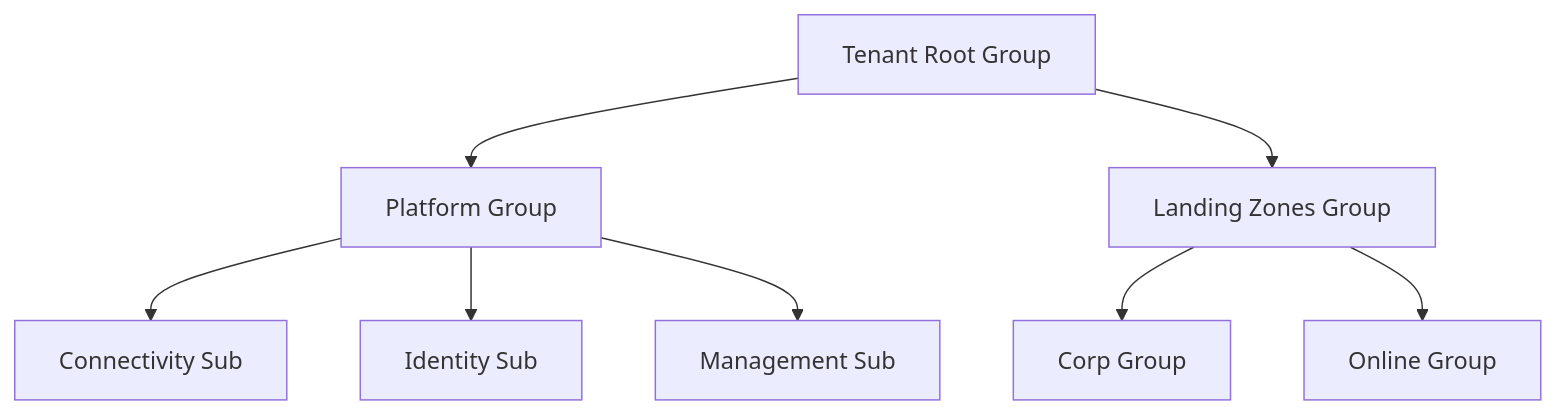
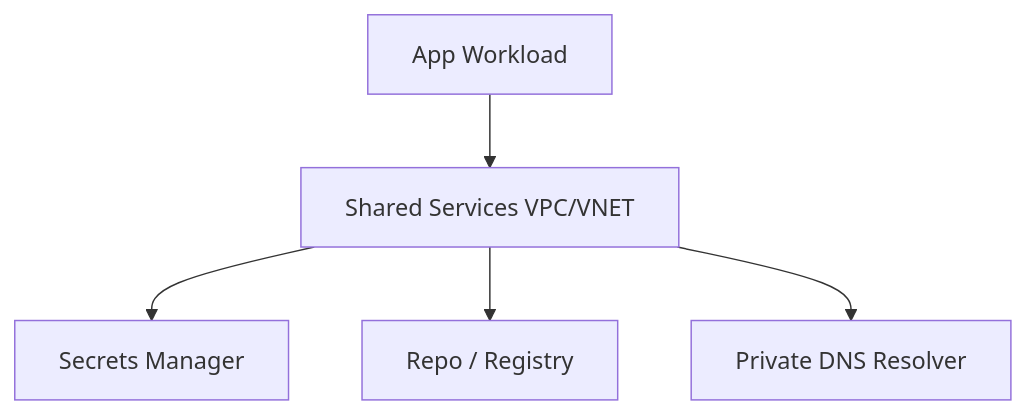
Before and after one commit to Devopstrio/hybrid-landingzone: the ninth of 10 diagrams in README.md, drawn with Mermaid. The commit also changed other lines of this file, not shown here.

Commit message:
docs: upgrade README to institutional-grade reference architecture style

````diff
--- a/README.md
+++ b/README.md
@@ -135,13 +202,8 @@
 ```mermaid
 graph TD
-    Root[Tenant Root Group]
-    Root --> Platform[Platform Group]
-    Root --> LandingZones[Landing Zones Group]
-    
-    Platform --> Connectivity[Connectivity Sub]
-    Platform --> Identity[Identity Sub]
-    Platform --> Management[Management Sub]
-    
-    LandingZones --> Corp[Corp Group]
-    LandingZones --> Online[Online Group]
+    Shared[Shared Services VPC/VNET]
+    Shared --> Vault[Secrets Manager]
+    Shared --> Artifact[Repo / Registry]
+    Shared --> DNS[Private DNS Resolver]
+    Workload[App Workload] --> Shared
 ```
````
